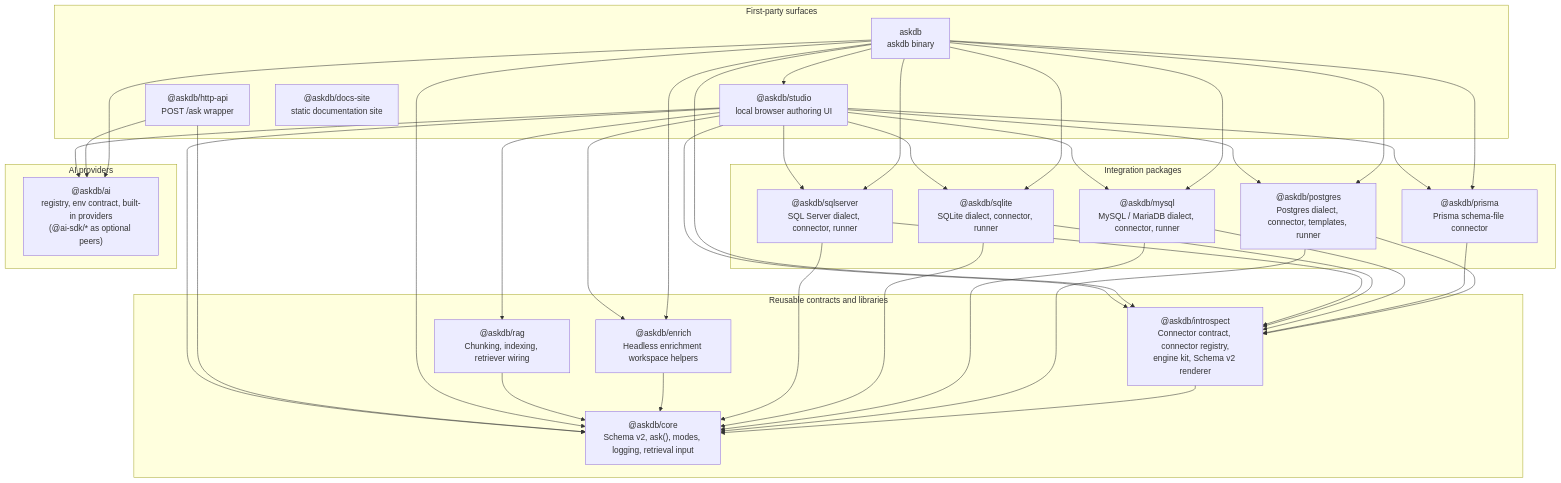
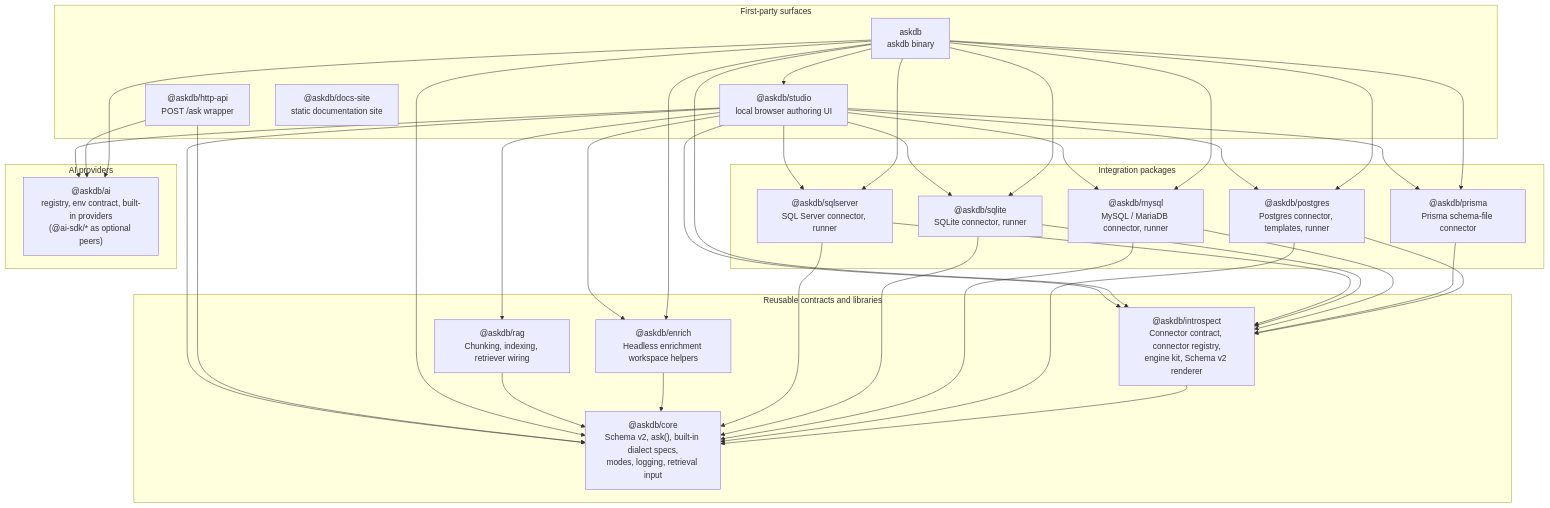
Before and after one commit to Ygilany/AskDB: the second of 7 diagrams in docs/architecture.md, drawn with Mermaid. The commit also changed other lines of this file and 17 other files, not shown here.

First line of the commit message:
docs(adr): ADR 0029 — @askdb/core owns the built-in dialect specs (#464)

````diff
--- a/docs/architecture.md
+++ b/docs/architecture.md
@@ -38,63 +38,63 @@
 ```mermaid
 flowchart TB
   subgraph Contracts["Reusable contracts and libraries"]
-    core["@askdb/core<br/>Schema v2, ask(), modes, logging, retrieval input"]
+    core["@askdb/core<br/>Schema v2, ask(), built-in dialect specs,<br/>modes, logging, retrieval input"]
     introspect["@askdb/introspect<br/>Connector contract, connector registry,<br/>engine kit, Schema v2 renderer"]
     enrich["@askdb/enrich<br/>Headless enrichment workspace helpers"]
     rag["@askdb/rag<br/>Chunking, indexing, retriever wiring"]
   end
 
   subgraph Integrations["Integration packages"]
-    postgres["@askdb/postgres<br/>Postgres dialect, connector, templates, runner"]
+    postgres["@askdb/postgres<br/>Postgres connector, templates, runner"]
     prisma["@askdb/prisma<br/>Prisma schema-file connector"]
-    mysql["@askdb/mysql<br/>MySQL / MariaDB dialect, connector, runner"]
-    sqlite["@askdb/sqlite<br/>SQLite dialect, connector, runner"]
-    sqlserver["@askdb/sqlserver<br/>SQL Server dialect, connector, runner"]
+    mysql["@askdb/mysql<br/>MySQL / MariaDB connector, runner"]
+    sqlite["@askdb/sqlite<br/>SQLite connector, runner"]
+    sqlserver["@askdb/sqlserver<br/>SQL Server connector, runner"]
   end
 
   subgraph AI["AI providers"]
     aiPkg["@askdb/ai<br/>registry, env contract, built-in providers<br/>(@ai-sdk/* as optional peers)"]
   end
 
   subgraph Surfaces["First-party surfaces"]
     cli["askdb<br/>askdb binary"]
     http["@askdb/http-api<br/>POST /ask wrapper"]
     studio["@askdb/studio<br/>local browser authoring UI"]
     docsSite["@askdb/docs-site<br/>static documentation site"]
   end
 
   introspect --> core
   postgres --> core
   postgres --> introspect
   prisma --> introspect
   mysql --> core
   mysql --> introspect
   sqlite --> core
   sqlite --> introspect
   sqlserver --> core
   sqlserver --> introspect
   enrich --> core
   rag --> core
   cli --> core
   cli --> introspect
   cli --> postgres
   cli --> prisma
   cli --> mysql
   cli --> sqlite
   cli --> sqlserver
   cli --> enrich
   cli --> studio
   cli --> aiPkg
   http --> core
   http --> aiPkg
   studio --> core
   studio --> introspect
   studio --> enrich
   studio --> postgres
   studio --> mysql
   studio --> sqlite
   studio --> sqlserver
   studio --> prisma
   studio --> rag
   studio --> aiPkg
 ```
````
